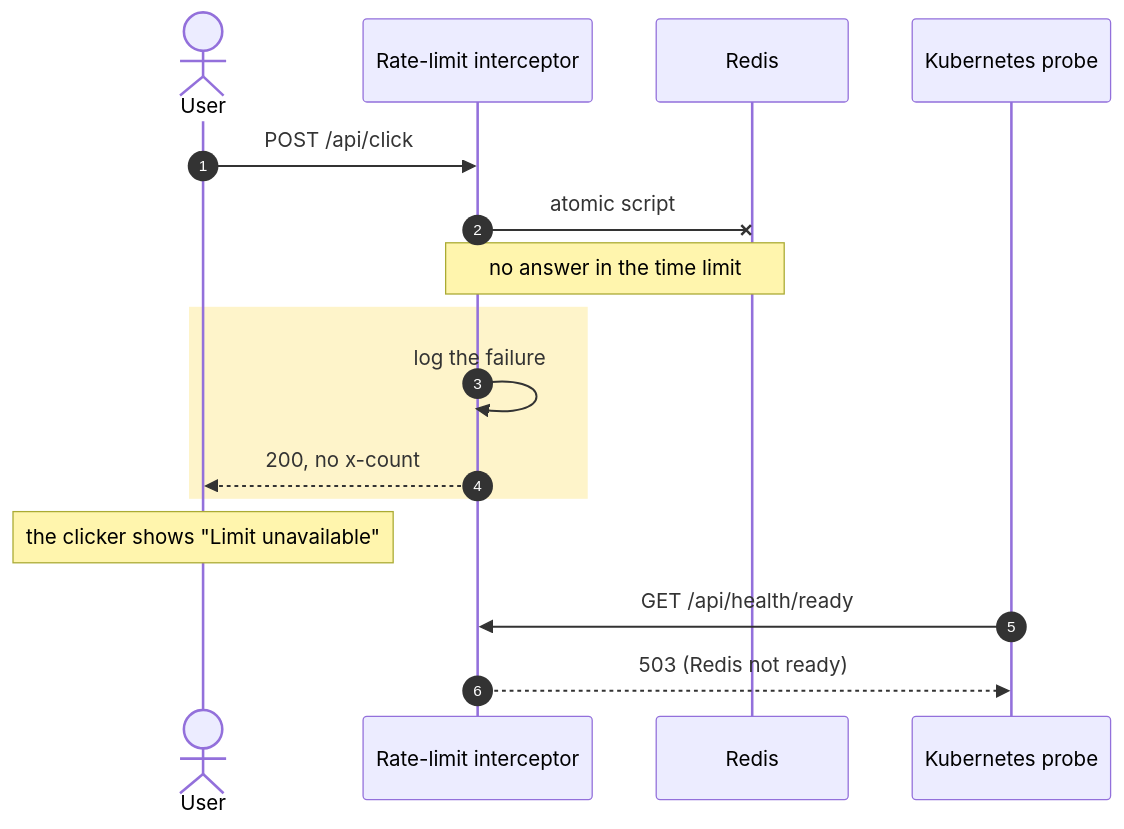
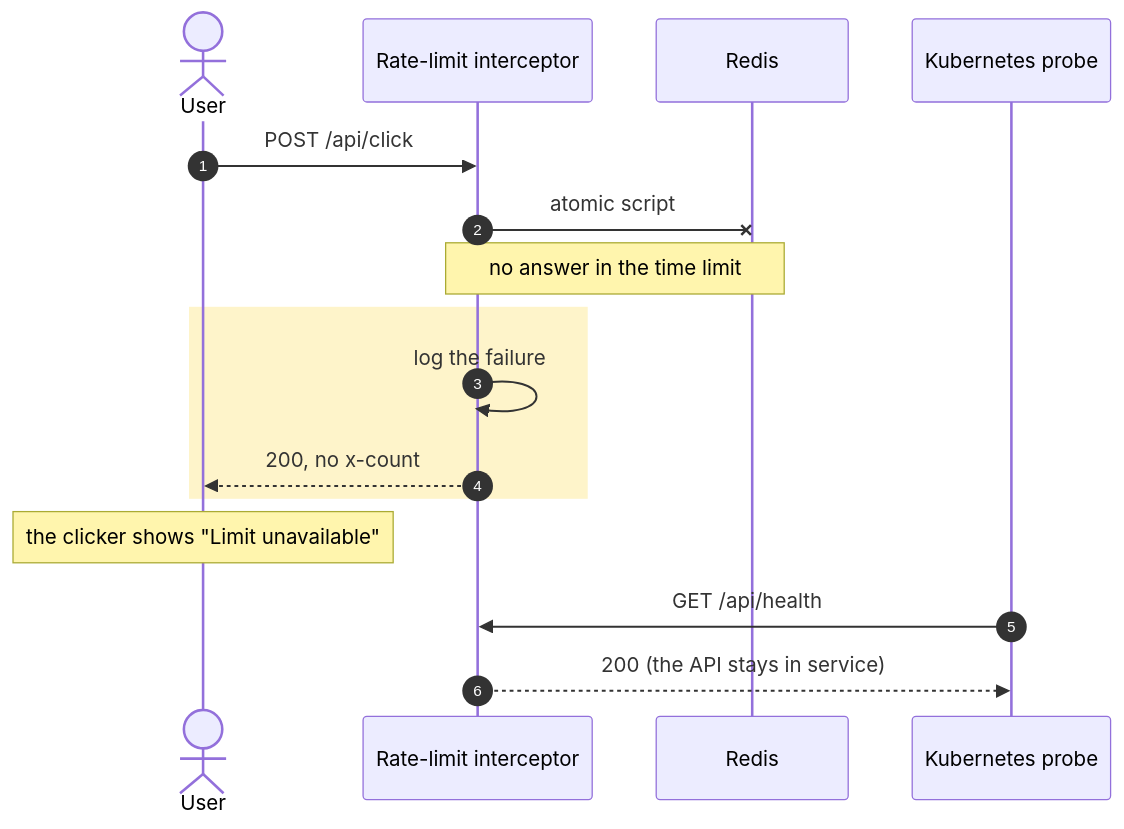
One commit to nitzanto/ratewatch changed the fifth of 7 diagrams in apps/docs/src/content/docs/architecture/hld.md. Above: the diagram before and after it, drawn with Mermaid. The commit also changed other lines of this file and 21 other files, not shown here.

````diff
--- a/apps/docs/src/content/docs/architecture/hld.md
+++ b/apps/docs/src/content/docs/architecture/hld.md
@@ -183,18 +183,18 @@
 ```mermaid
 sequenceDiagram
   autonumber
   actor U as User
   participant L as Rate-limit interceptor
   participant R as Redis
   participant K as Kubernetes probe
   U->>L: POST /api/click
   L-xR: atomic script
   Note over L,R: no answer in the time limit
   rect rgba(253,230,138,0.45)
     L->>L: log the failure
     L-->>U: 200, no x-count
   end
   Note over U: the clicker shows "Limit unavailable"
-  K->>L: GET /api/health/ready
-  L-->>K: 503 (Redis not ready)
+  K->>L: GET /api/health
+  L-->>K: 200 (the API stays in service)
 ```
````
